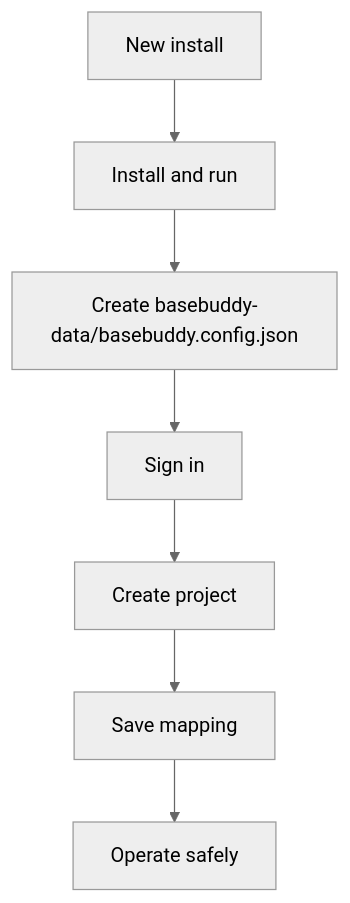
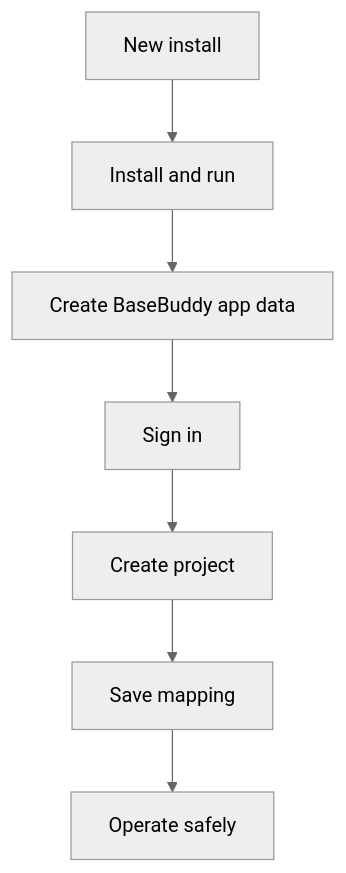
Before and after one commit to basebuddy-cms/basebuddy: the diagram in docs/README.md, drawn with Mermaid (neutral theme). The commit also changed other lines of this file and 45 other files, not shown here.

Commit message:
Add app data backend options and guardrails

````diff
--- a/docs/README.md
+++ b/docs/README.md
@@ -9,9 +9,9 @@
 ```mermaid
 flowchart TD
   Start["New install"] --> Install["Install and run"]
-  Install --> Setup["Create basebuddy-data/basebuddy.config.json"]
+  Install --> Setup["Create BaseBuddy app data"]
   Setup --> Login["Sign in"]
   Login --> Project["Create project"]
   Project --> Mapping["Save mapping"]
   Mapping --> Operate["Operate safely"]
 ```
````
